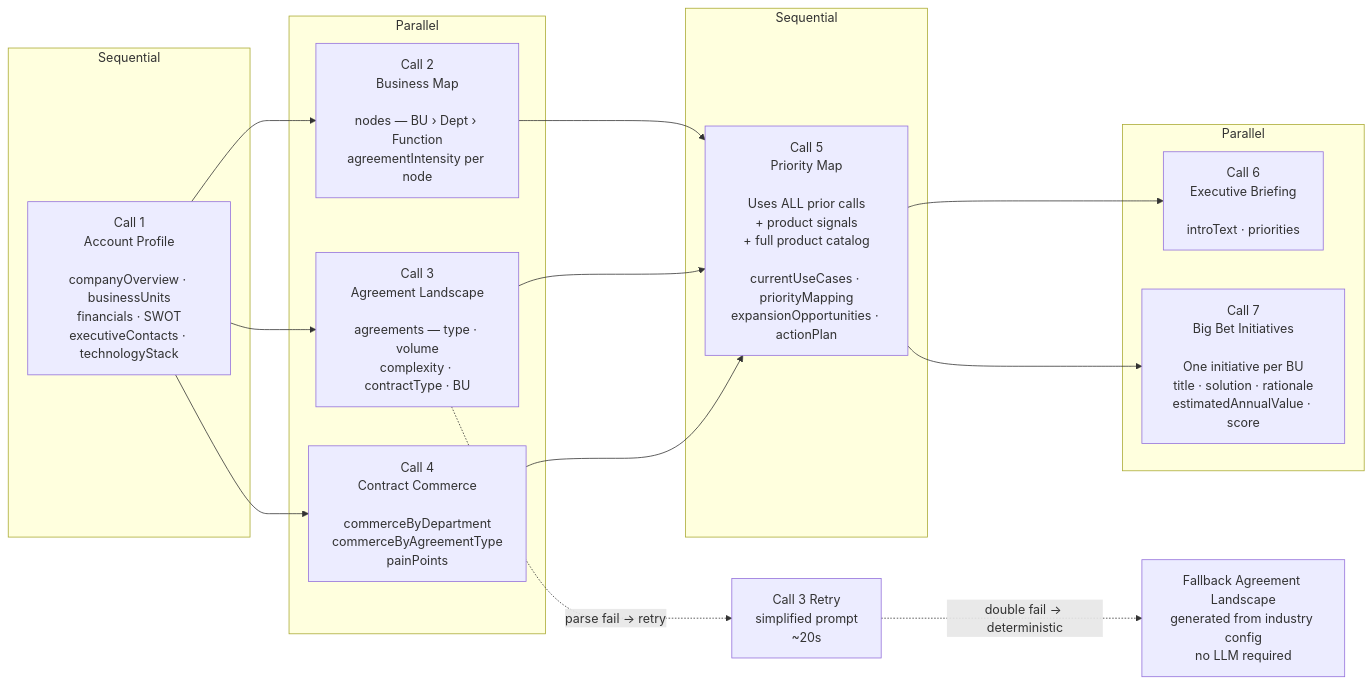
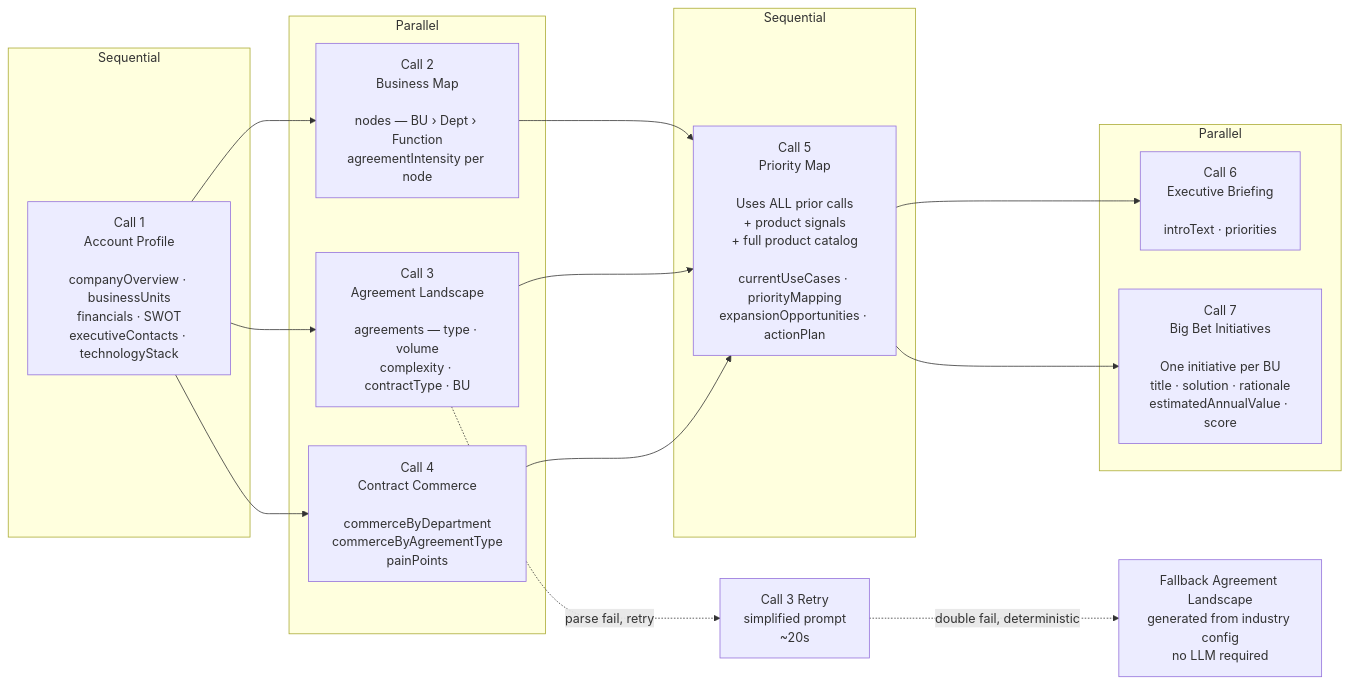
Before and after one commit to prsolans/growth-strategy-2026: the third of 6 diagrams in README.md, drawn with Mermaid. The commit also changed other lines of this file, not shown here.

Commit message:
Fix Mermaid syntax errors: expand & multi-target shorthand to individual edges

````diff
--- a/README.md
+++ b/README.md
@@ -73,28 +73,33 @@
 ```mermaid
 flowchart LR
     subgraph S1["Sequential"]
         C1["Call 1<br/>Account Profile<br/><br/>companyOverview · businessUnits<br/>financials · SWOT<br/>executiveContacts · technologyStack"]
     end
 
     subgraph P1["Parallel"]
         C2["Call 2<br/>Business Map<br/><br/>nodes — BU › Dept › Function<br/>agreementIntensity per node"]
         C3["Call 3<br/>Agreement Landscape<br/><br/>agreements — type · volume<br/>complexity · contractType · BU"]
         C4["Call 4<br/>Contract Commerce<br/><br/>commerceByDepartment<br/>commerceByAgreementType<br/>painPoints"]
     end
 
     subgraph S2["Sequential"]
         C5["Call 5<br/>Priority Map<br/><br/>Uses ALL prior calls<br/>+ product signals<br/>+ full product catalog<br/><br/>currentUseCases · priorityMapping<br/>expansionOpportunities · actionPlan"]
     end
 
     subgraph P2["Parallel"]
         C6["Call 6<br/>Executive Briefing<br/><br/>introText · priorities"]
         C7["Call 7<br/>Big Bet Initiatives<br/><br/>One initiative per BU<br/>title · solution · rationale<br/>estimatedAnnualValue · score"]
     end
 
-    C1 --> C2 & C3 & C4
-    C2 & C3 & C4 --> C5
-    C5 --> C6 & C7
+    C1 --> C2
+    C1 --> C3
+    C1 --> C4
+    C2 --> C5
+    C3 --> C5
+    C4 --> C5
+    C5 --> C6
+    C5 --> C7
 
-    C3 -. "parse fail → retry" .-> C3R["Call 3 Retry<br/>simplified prompt<br/>~20s"]
-    C3R -. "double fail → deterministic" .-> FB["Fallback Agreement Landscape<br/>generated from industry config<br/>no LLM required"]
+    C3 -. "parse fail, retry" .-> C3R["Call 3 Retry<br/>simplified prompt<br/>~20s"]
+    C3R -. "double fail, deterministic" .-> FB["Fallback Agreement Landscape<br/>generated from industry config<br/>no LLM required"]
 ```
````
